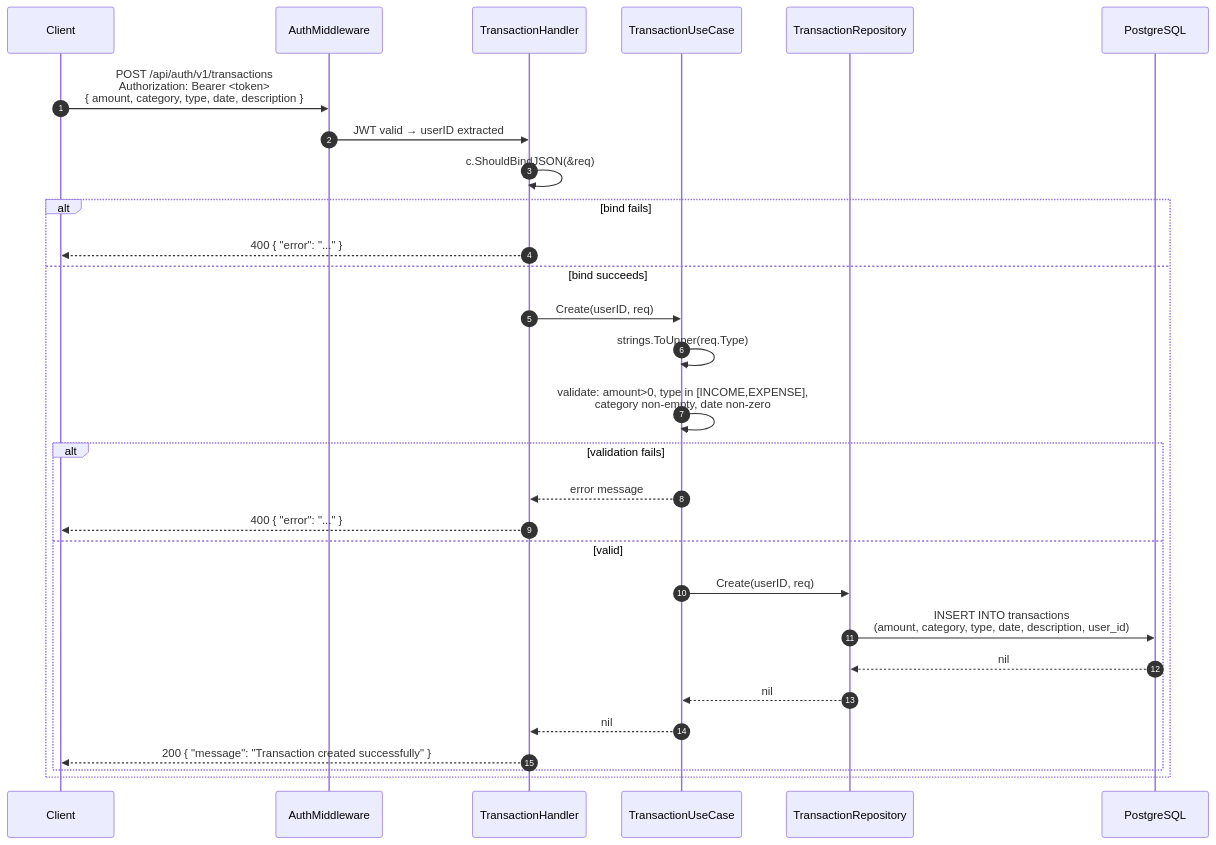
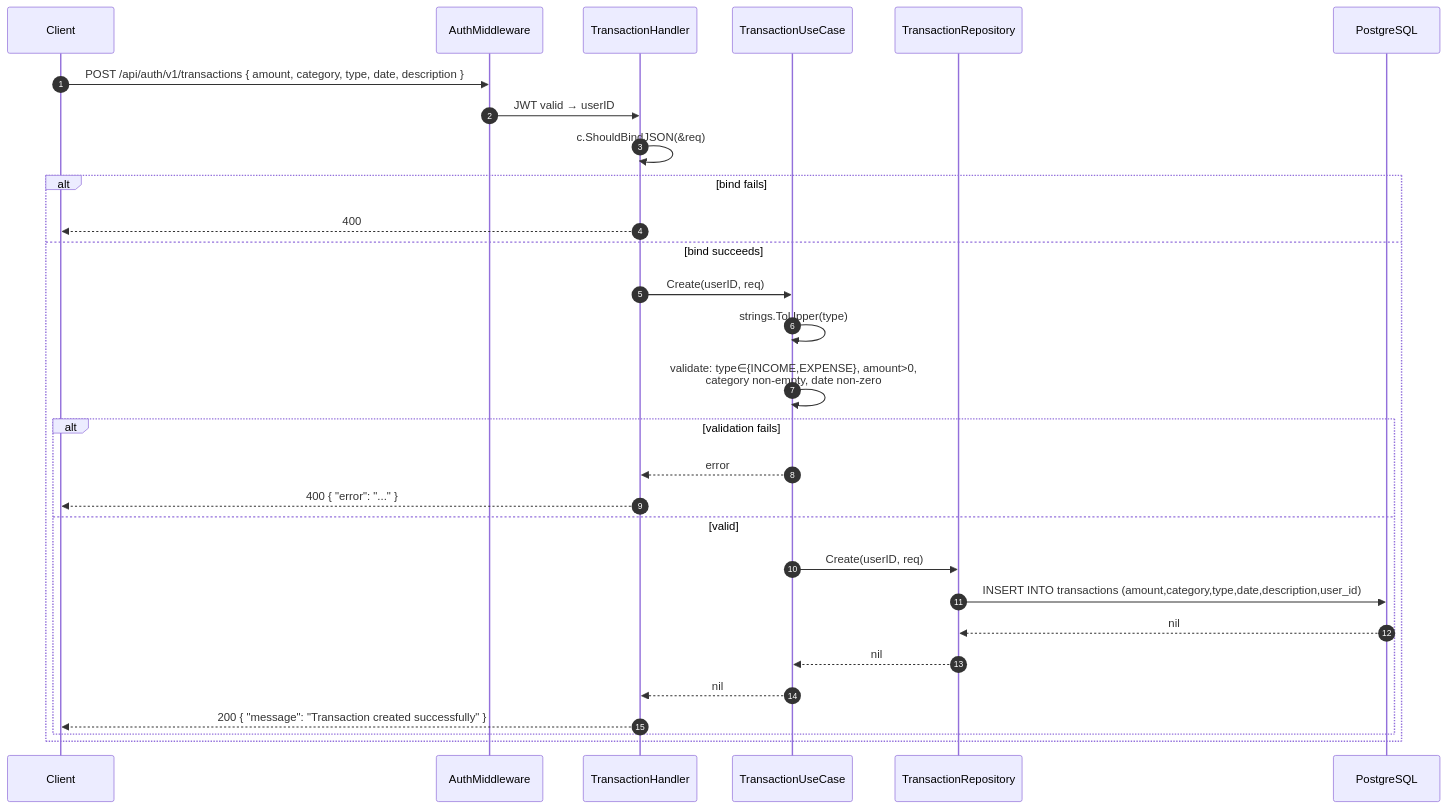
One commit to lewimb/financial-planning-golang changed the fourth of 14 diagrams in docs/sequence-diagram.md. Above: the diagram before and after it, drawn with Mermaid. The commit also changed other lines of this file and 30 other files, not shown here.

Commit message:
docs: add documentation, OpenAPI specs, flowcharts, seeder tooling, and frontend guide

````diff
--- a/docs/sequence-diagram.md
+++ b/docs/sequence-diagram.md
@@ -108,32 +109,32 @@
 ```mermaid
 sequenceDiagram
     autonumber
     participant C as Client
     participant MW as AuthMiddleware
     participant H as TransactionHandler
     participant UC as TransactionUseCase
     participant R as TransactionRepository
     participant DB as PostgreSQL
 
-    C->>MW: POST /api/auth/v1/transactions<br/>Authorization: Bearer <token><br/>{ amount, category, type, date, description }
-    MW->>H: JWT valid → userID extracted
+    C->>MW: POST /api/auth/v1/transactions { amount, category, type, date, description }
+    MW->>H: JWT valid → userID
     H->>H: c.ShouldBindJSON(&req)
     alt bind fails
-        H-->>C: 400 { "error": "..." }
+        H-->>C: 400
     else bind succeeds
         H->>UC: Create(userID, req)
-        UC->>UC: strings.ToUpper(req.Type)
-        UC->>UC: validate: amount>0, type in [INCOME,EXPENSE],<br/>category non-empty, date non-zero
+        UC->>UC: strings.ToUpper(type)
+        UC->>UC: validate: type∈{INCOME,EXPENSE}, amount>0,<br/>category non-empty, date non-zero
         alt validation fails
-            UC-->>H: error message
+            UC-->>H: error
             H-->>C: 400 { "error": "..." }
         else valid
             UC->>R: Create(userID, req)
-            R->>DB: INSERT INTO transactions<br/>(amount, category, type, date, description, user_id)
+            R->>DB: INSERT INTO transactions (amount,category,type,date,description,user_id)
             DB-->>R: nil
             R-->>UC: nil
             UC-->>H: nil
             H-->>C: 200 { "message": "Transaction created successfully" }
         end
     end
 ```
````
